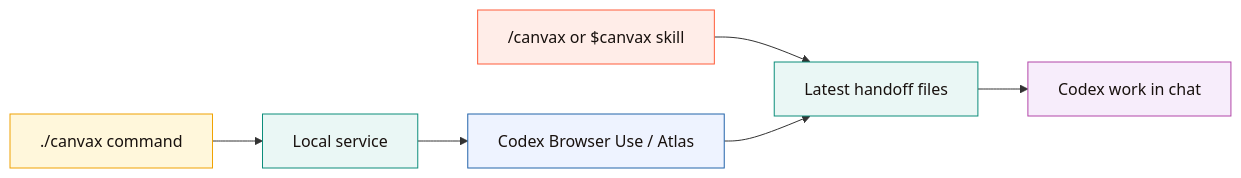
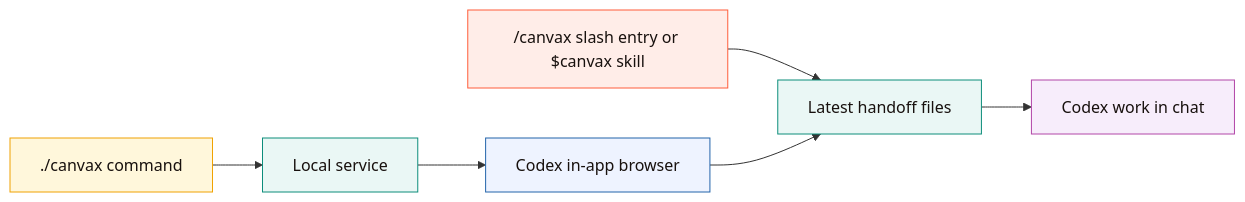
One commit to varshneydevansh/Canvax changed the second of 3 diagrams in docs/INSTALL.md. Above: the diagram before and after it, drawn with Mermaid. The commit also changed other lines of this file and 27 other files, not shown here.

````diff
--- a/docs/INSTALL.md
+++ b/docs/INSTALL.md
@@ -128,20 +128,20 @@
 ```mermaid
 flowchart LR
     Cmd["./canvax command"] --> Service["Local service"]
-    Service --> Browser["Codex Browser Use / Atlas"]
-    Skill["/canvax or $canvax skill"] --> Handoff["Latest handoff files"]
+    Service --> Browser["Codex in-app browser"]
+    Skill["/canvax slash entry or $canvax skill"] --> Handoff["Latest handoff files"]
     Browser --> Handoff
     Handoff --> Codex["Codex work in chat"]
 
     classDef command fill:#fff7db,stroke:#f0a202,color:#18110e
     classDef service fill:#eaf7f5,stroke:#0c8d7b,color:#18110e
     classDef browser fill:#eef3ff,stroke:#2364aa,color:#18110e
     classDef skill fill:#ffede8,stroke:#ff5d3a,color:#18110e
     classDef codex fill:#f7edfb,stroke:#b246a8,color:#18110e
 
     class Cmd command
     class Service,Handoff service
     class Browser browser
     class Skill skill
     class Codex codex
 ```
````
